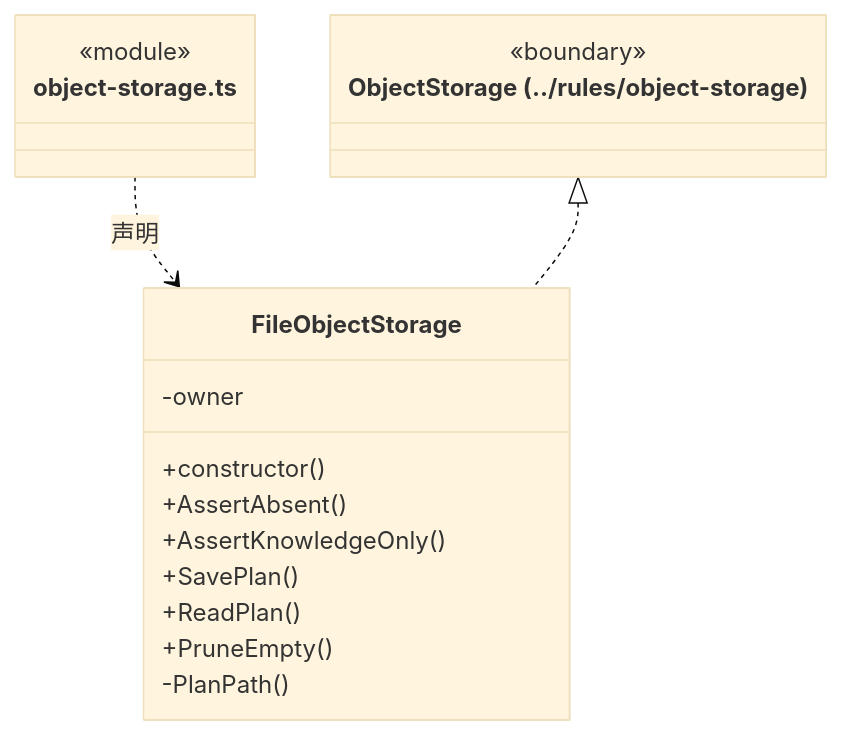
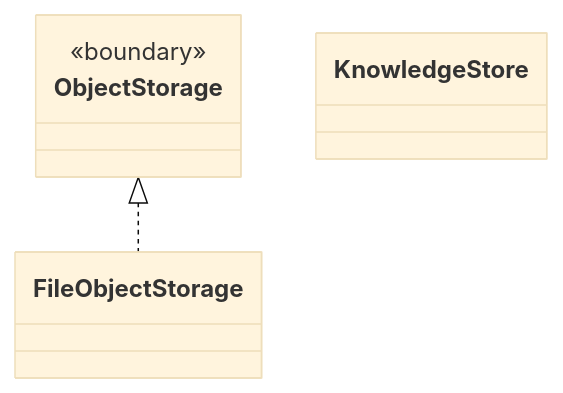
Before and after one commit to nan023062/cbim: the diagram in src/logic/knowledge/storage/ARCHITECTURE.md, drawn with Mermaid (base theme). The commit also changed other lines of this file and 158 other files, not shown here.

Commit message:
docs: model architecture through nested virtual encapsulations

````diff
--- a/src/logic/knowledge/storage/ARCHITECTURE.md
+++ b/src/logic/knowledge/storage/ARCHITECTURE.md
@@ -240,21 +20,12 @@
 ```mermaid
 classDiagram
-class N_src_logic_knowledge_storage_object_storage_ts["object-storage.ts"] {
-  <<module>>
-}
-class N_src_logic_knowledge_storage_object_storage_ts_FileObjectStorage["FileObjectStorage"] {
-  +constructor()
-  +AssertAbsent()
-  +AssertKnowledgeOnly()
-  +SavePlan()
-  +ReadPlan()
-  +PruneEmpty()
-  -owner
-  -PlanPath()
-}
-N_src_logic_knowledge_storage_object_storage_ts ..> N_src_logic_knowledge_storage_object_storage_ts_FileObjectStorage : 声明
-class N_src_logic_knowledge_storage_object_storage_ts_external_ObjectStorage["ObjectStorage (../rules/object-storage)"] {
+class N_b4a890597c93["FileObjectStorage"]
+click N_b4a890597c93 href "object-storage.ts"
+class N_7ad23ed75d10["ObjectStorage"] {
   <<boundary>>
 }
-N_src_logic_knowledge_storage_object_storage_ts_external_ObjectStorage <|.. N_src_logic_knowledge_storage_object_storage_ts_FileObjectStorage
+click N_7ad23ed75d10 href "../rules/object-storage.ts"
+class N_dd32b525ed54["KnowledgeStore"]
+click N_dd32b525ed54 href "knowledge-store.ts"
+N_7ad23ed75d10 <|.. N_b4a890597c93
 ```
````
